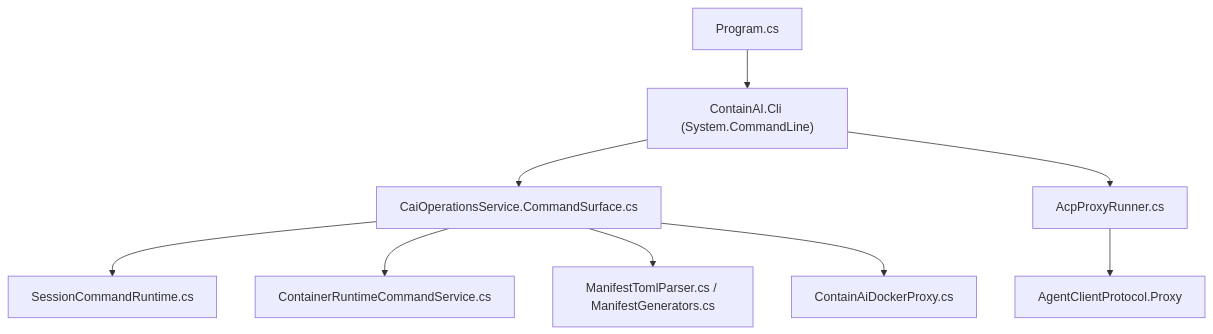
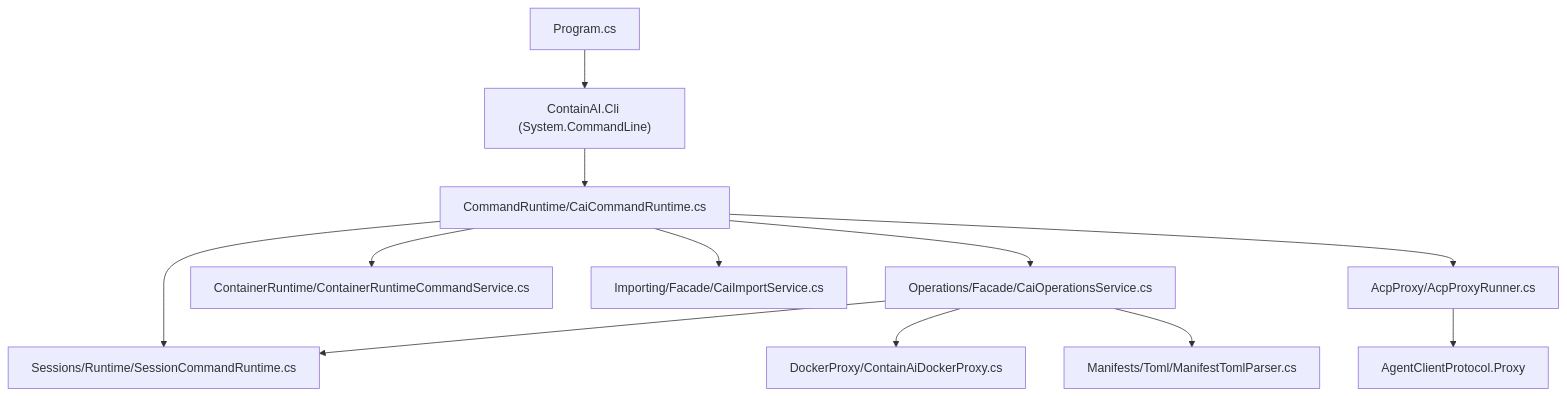
The eighth of 11 diagrams in docs/architecture.md (novotnyllc/ContainAI), drawn with Mermaid before and after one commit. The commit also changed other lines of this file and 10 other files, not shown here.

````diff
--- a/docs/architecture.md
+++ b/docs/architecture.md
@@ -428,12 +439,14 @@
 ```mermaid
 flowchart TD
     Main["Program.cs"] --> Cli["ContainAI.Cli (System.CommandLine)"]
-    Cli --> Runtime["CaiOperationsService.CommandSurface.cs"]
-    Runtime --> Session["SessionCommandRuntime.cs"]
-    Runtime --> Container["ContainerRuntimeCommandService.cs"]
-    Runtime --> Manifest["ManifestTomlParser.cs / ManifestGenerators.cs"]
-    Runtime --> DockerProxy["ContainAiDockerProxy.cs"]
-    Cli --> AcpRunner["AcpProxyRunner.cs"]
+    Cli --> CmdRT["CommandRuntime/CaiCommandRuntime.cs"]
+    CmdRT --> Ops["Operations/Facade/CaiOperationsService.cs"]
+    CmdRT --> Session["Sessions/Runtime/SessionCommandRuntime.cs"]
+    CmdRT --> Container["ContainerRuntime/ContainerRuntimeCommandService.cs"]
+    CmdRT --> Import["Importing/Facade/CaiImportService.cs"]
+    Ops --> Session
+    Ops --> DockerProxy["DockerProxy/ContainAiDockerProxy.cs"]
+    Ops --> Manifest["Manifests/Toml/ManifestTomlParser.cs"]
+    CmdRT --> AcpRunner["AcpProxy/AcpProxyRunner.cs"]
     AcpRunner --> AcpLib["AgentClientProtocol.Proxy"]
-
 ```
````
